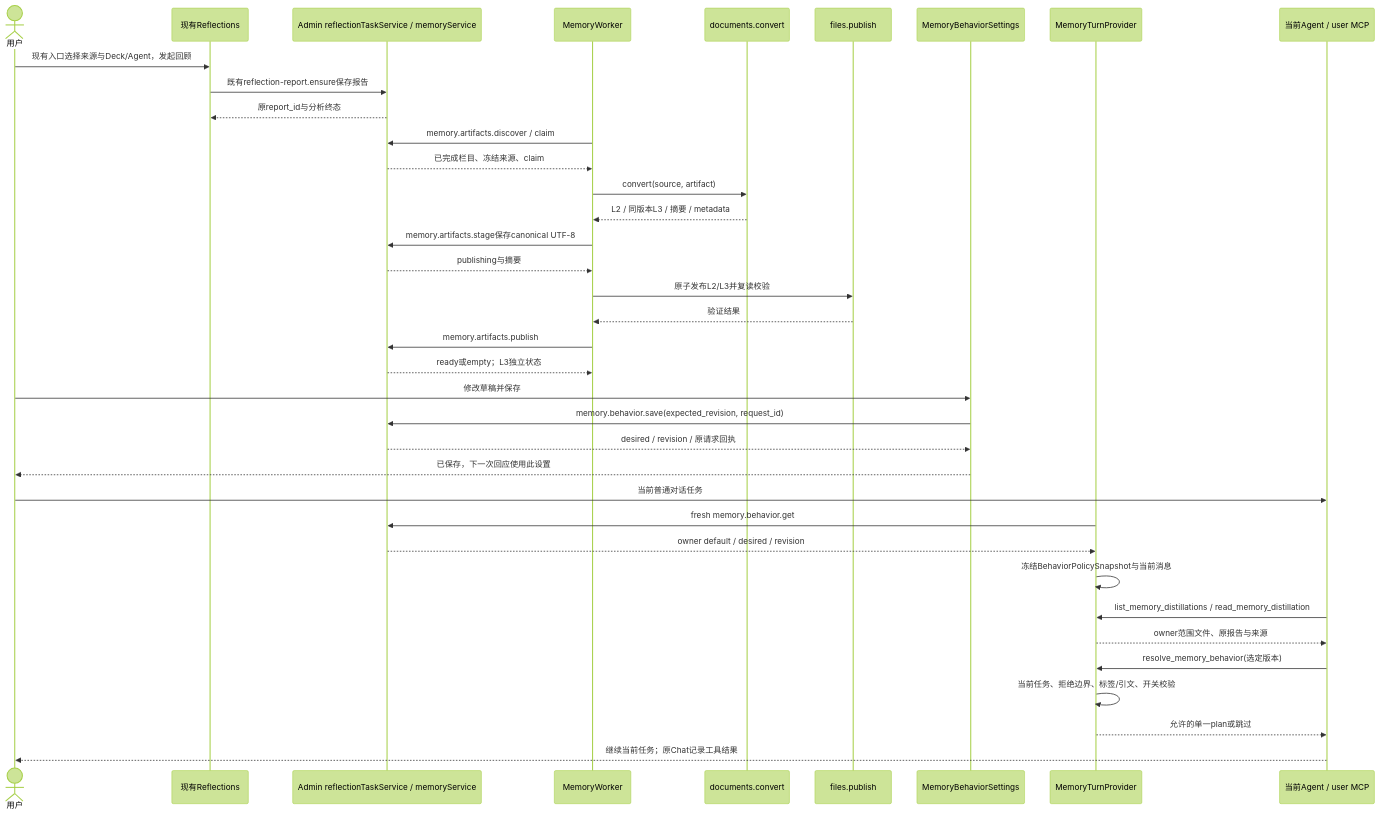
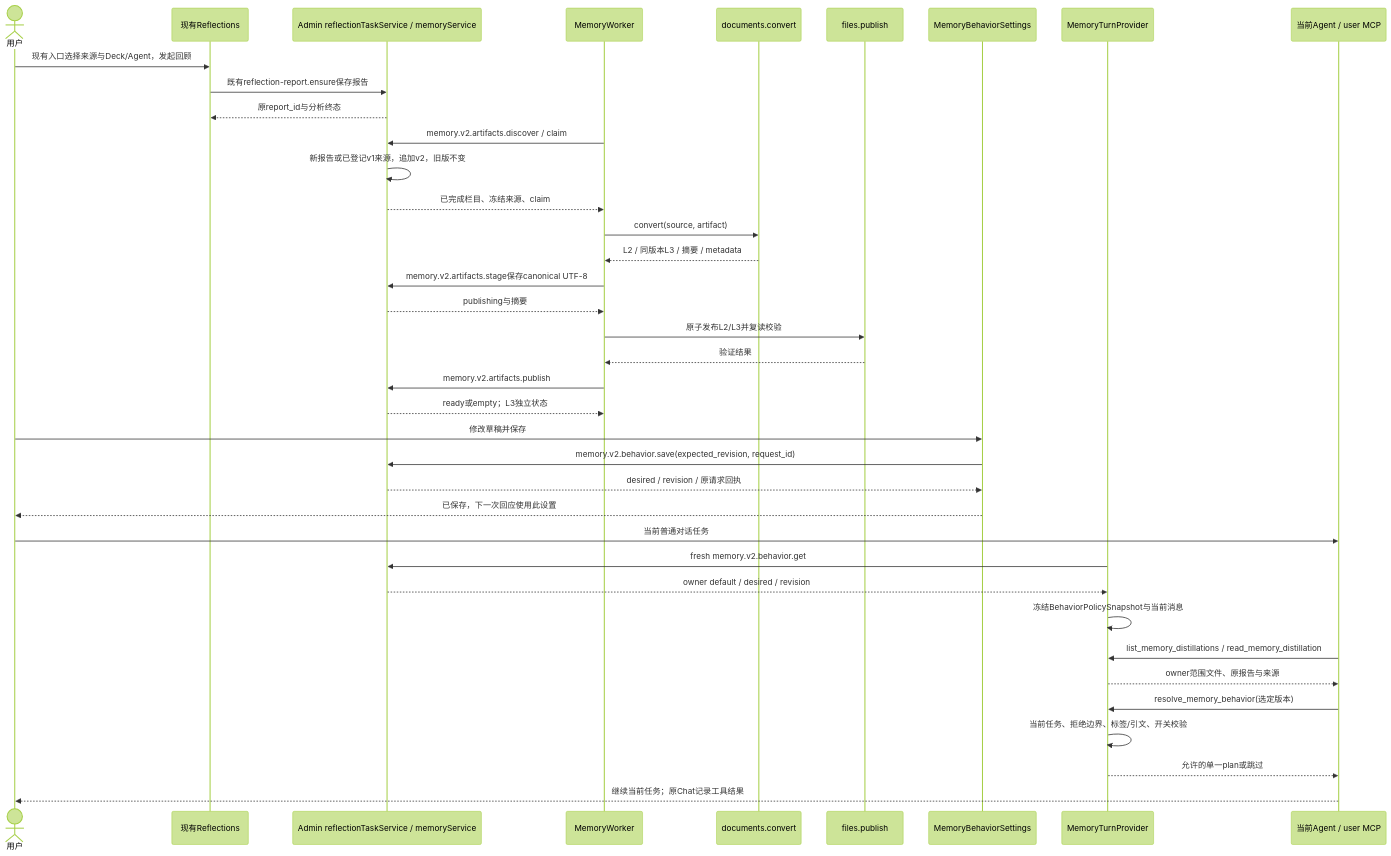
Before and after one commit to glide-the/im-dream: the first of 3 diagrams in docs/design/memory/reflections-agent-memory-interaction-design.md, drawn with Mermaid (forest theme). The commit also changed other lines of this file and 16 other files, not shown here.

````diff
--- a/docs/design/memory/reflections-agent-memory-interaction-design.md
+++ b/docs/design/memory/reflections-agent-memory-interaction-design.md
@@ -134,39 +139,40 @@
 ```mermaid
 sequenceDiagram
     actor U as 用户
     participant R as 现有Reflections
     participant A as Admin reflectionTaskService / memoryService
     participant W as MemoryWorker
     participant D as documents.convert
     participant F as files.publish
     participant S as MemoryBehaviorSettings
     participant H as MemoryTurnProvider
     participant M as 当前Agent / user MCP
     U->>R: 现有入口选择来源与Deck/Agent，发起回顾
     R->>A: 既有reflection-report.ensure保存报告
     A-->>R: 原report_id与分析终态
-    W->>A: memory.artifacts.discover / claim
+    W->>A: memory.v2.artifacts.discover / claim
+    A->>A: 新报告或已登记v1来源，追加v2，旧版不变
     A-->>W: 已完成栏目、冻结来源、claim
     W->>D: convert(source, artifact)
     D-->>W: L2 / 同版本L3 / 摘要 / metadata
-    W->>A: memory.artifacts.stage保存canonical UTF-8
+    W->>A: memory.v2.artifacts.stage保存canonical UTF-8
     A-->>W: publishing与摘要
     W->>F: 原子发布L2/L3并复读校验
     F-->>W: 验证结果
-    W->>A: memory.artifacts.publish
+    W->>A: memory.v2.artifacts.publish
     A-->>W: ready或empty；L3独立状态
     U->>S: 修改草稿并保存
-    S->>A: memory.behavior.save(expected_revision, request_id)
+    S->>A: memory.v2.behavior.save(expected_revision, request_id)
     A-->>S: desired / revision / 原请求回执
     S-->>U: 已保存，下一次回应使用此设置
     U->>M: 当前普通对话任务
-    H->>A: fresh memory.behavior.get
+    H->>A: fresh memory.v2.behavior.get
     A-->>H: owner default / desired / revision
     H->>H: 冻结BehaviorPolicySnapshot与当前消息
     M->>H: list_memory_distillations / read_memory_distillation
     H-->>M: owner范围文件、原报告与来源
     M->>H: resolve_memory_behavior(选定版本)
     H->>H: 当前任务、拒绝边界、标签/引文、开关校验
     H-->>M: 允许的单一plan或跳过
     M-->>U: 继续当前任务；原Chat记录工具结果
 ```
````
